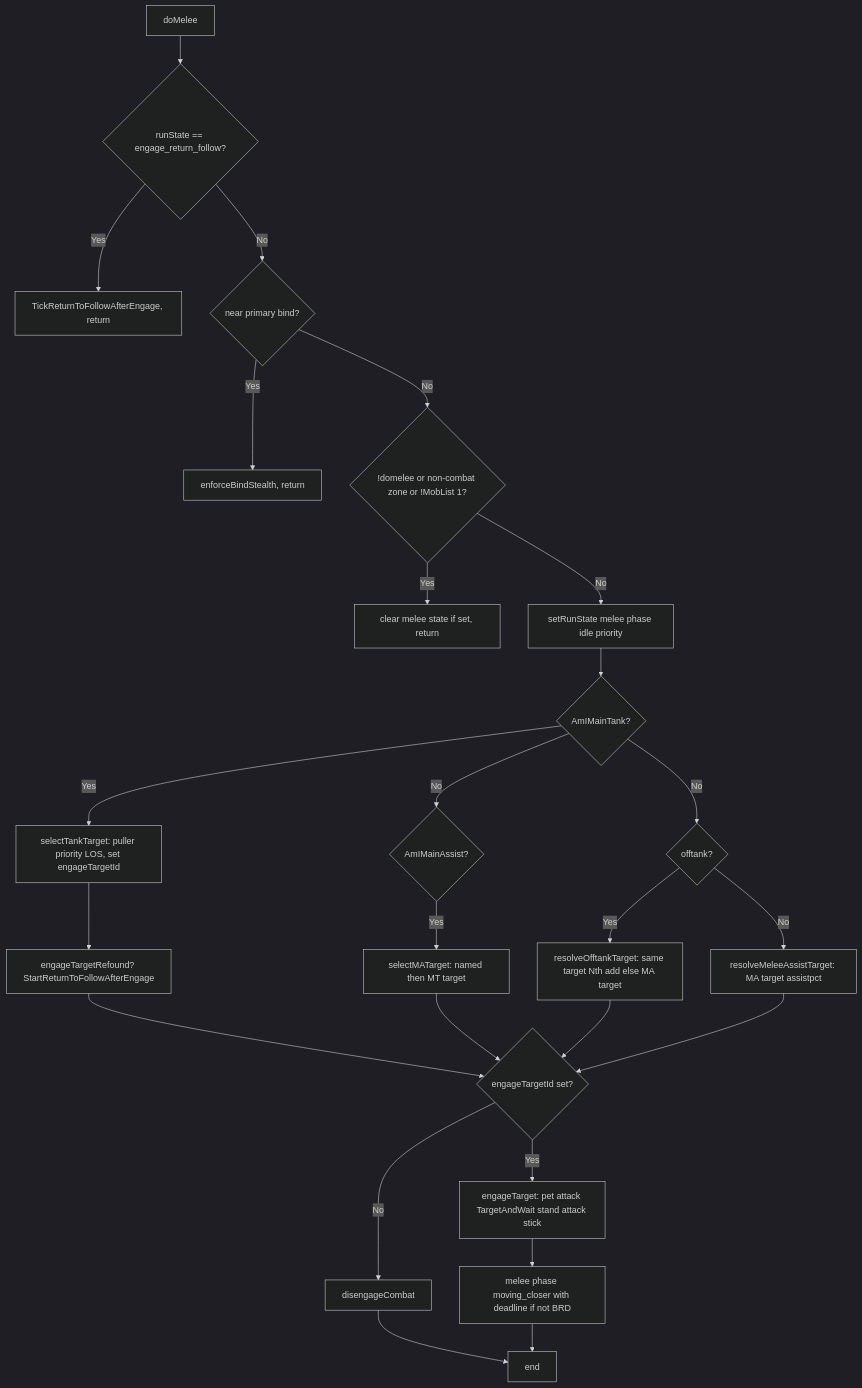
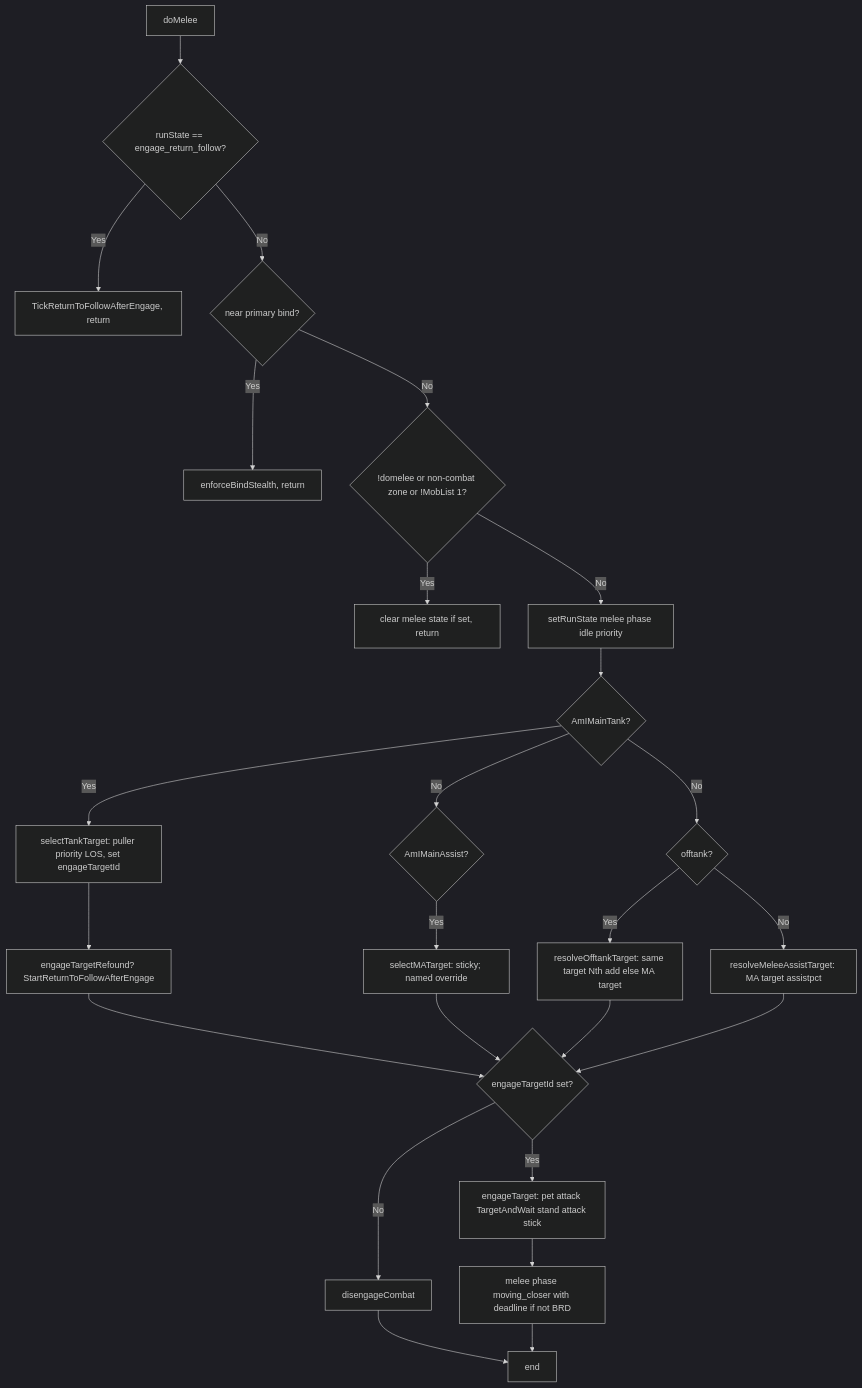
Before and after one commit to Cezero/czbot: the diagram in docs/botlogic/hook-domelee.md, drawn with Mermaid (dark theme). The commit also changed other lines of this file and 5 other files, not shown here.

````diff
--- a/docs/botlogic/hook-domelee.md
+++ b/docs/botlogic/hook-domelee.md
@@ -10,28 +10,28 @@
 ```mermaid
 flowchart TB
     Start[doMelee] --> EngageReturn{runState == engage_return_follow?}
     EngageReturn -->|Yes| TickReturn[TickReturnToFollowAfterEngage, return]
     EngageReturn -->|No| Bind{near primary bind?}
     Bind -->|Yes| ClearBind[enforceBindStealth, return]
     Bind -->|No| Guards{!domelee or non-combat zone or !MobList 1?}
     Guards -->|Yes| ClearMelee[clear melee state if set, return]
     Guards -->|No| SetMelee[setRunState melee phase idle priority]
     SetMelee --> Role{AmIMainTank?}
     Role -->|Yes| MT[selectTankTarget: puller priority LOS, set engageTargetId]
     MT --> StartReturn[engageTargetRefound? StartReturnToFollowAfterEngage]
     Role -->|No| MA{AmIMainAssist?}
-    MA -->|Yes| MATarget[selectMATarget: named then MT target]
+    MA -->|Yes| MATarget[selectMATarget: sticky; named override]
     Role -->|No| OT{offtank?}
     OT -->|Yes| OTResolve[resolveOfftankTarget: same target Nth add else MA target]
     OT -->|No| DPS[resolveMeleeAssistTarget: MA target assistpct]
     StartReturn --> HasTarget
     MATarget --> HasTarget
     OTResolve --> HasTarget
     DPS --> HasTarget
     HasTarget{engageTargetId set?}
     HasTarget -->|Yes| Engage[engageTarget: pet attack TargetAndWait stand attack stick]
     HasTarget -->|No| Disengage[disengageCombat]
     Engage --> MeleePhase[melee phase moving_closer with deadline if not BRD]
     Disengage --> End[end]
     MeleePhase --> End
 ```
````
